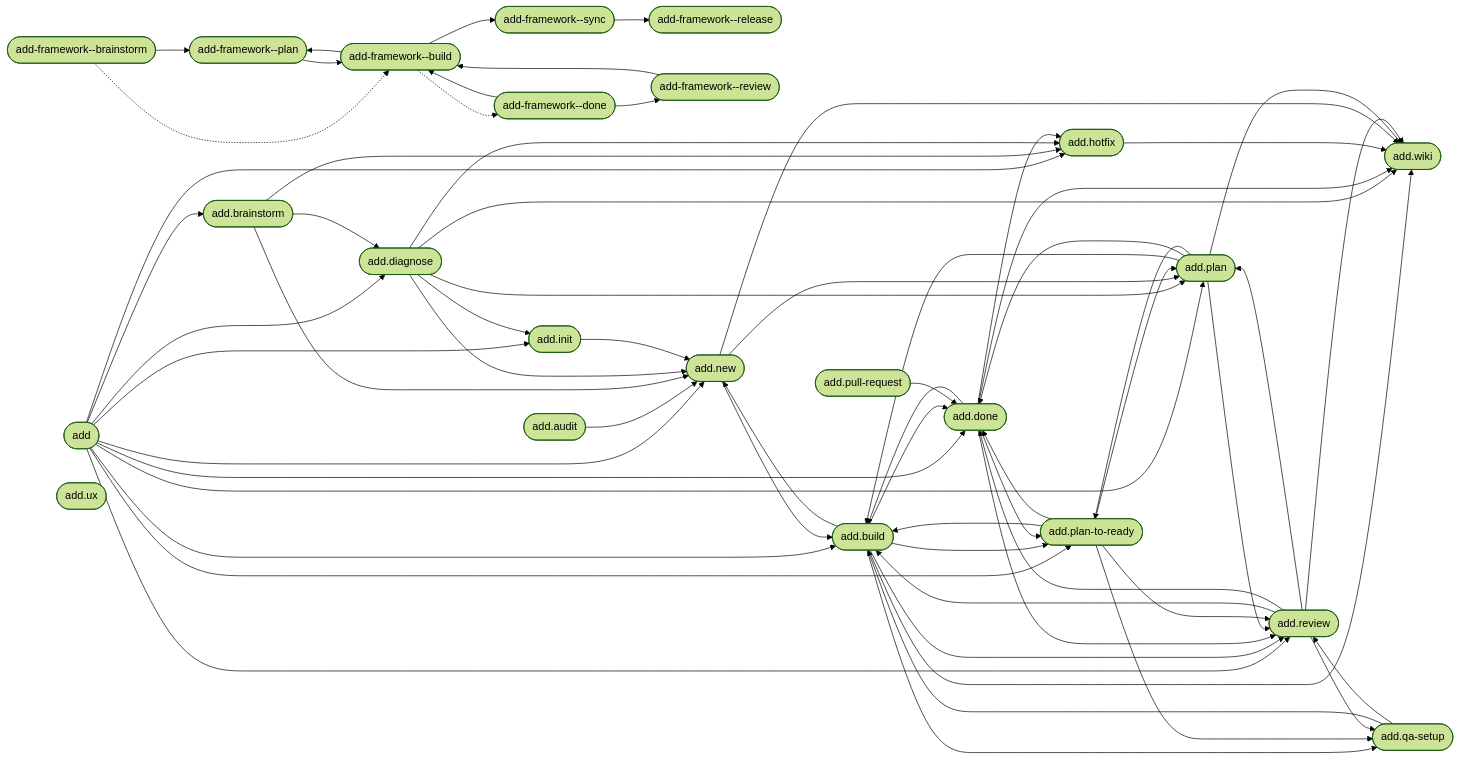
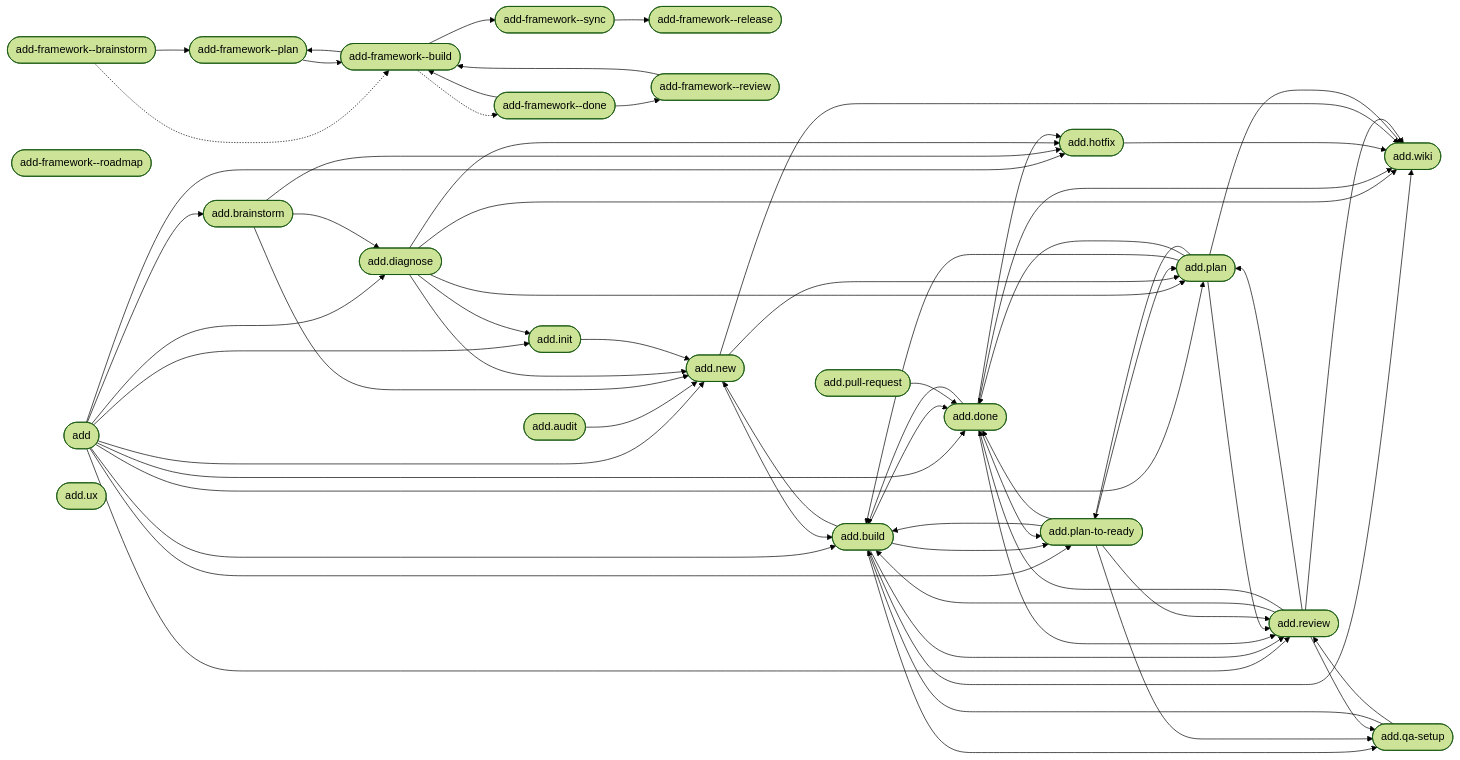
The diagram in web/public/artefact-graph.mmd (brabos-ai/code-addiction), drawn with Mermaid (forest theme) before and after one commit. The commit also changed 5 other files, not shown here.

First line of the commit message:
feat(internal): /add-framework--roadmap, a writer for the roadmap (#44)

```diff
--- a/web/public/artefact-graph.mmd
+++ b/web/public/artefact-graph.mmd
@@ -1,87 +1,88 @@
 flowchart LR
     n_internal_command_add_framework__brainstorm(["add-framework--brainstorm"])
     n_internal_command_add_framework__build(["add-framework--build"])
     n_internal_command_add_framework__done(["add-framework--done"])
     n_internal_command_add_framework__plan(["add-framework--plan"])
     n_internal_command_add_framework__release(["add-framework--release"])
     n_internal_command_add_framework__review(["add-framework--review"])
+    n_internal_command_add_framework__roadmap(["add-framework--roadmap"])
     n_internal_command_add_framework__sync(["add-framework--sync"])
     n_product_command_add(["add"])
     n_product_command_add_audit(["add.audit"])
     n_product_command_add_brainstorm(["add.brainstorm"])
     n_product_command_add_build(["add.build"])
     n_product_command_add_diagnose(["add.diagnose"])
     n_product_command_add_done(["add.done"])
     n_product_command_add_hotfix(["add.hotfix"])
     n_product_command_add_init(["add.init"])
     n_product_command_add_new(["add.new"])
     n_product_command_add_plan(["add.plan"])
     n_product_command_add_plan_to_ready(["add.plan-to-ready"])
     n_product_command_add_pull_request(["add.pull-request"])
     n_product_command_add_qa_setup(["add.qa-setup"])
     n_product_command_add_review(["add.review"])
     n_product_command_add_ux(["add.ux"])
     n_product_command_add_wiki(["add.wiki"])
     n_internal_command_add_framework__brainstorm --> n_internal_command_add_framework__plan
     n_internal_command_add_framework__brainstorm -.-> n_internal_command_add_framework__build
     n_internal_command_add_framework__build --> n_internal_command_add_framework__plan
     n_internal_command_add_framework__build --> n_internal_command_add_framework__sync
     n_internal_command_add_framework__build -.-> n_internal_command_add_framework__done
     n_internal_command_add_framework__done --> n_internal_command_add_framework__build
     n_internal_command_add_framework__done --> n_internal_command_add_framework__review
     n_internal_command_add_framework__plan --> n_internal_command_add_framework__build
     n_internal_command_add_framework__review --> n_internal_command_add_framework__build
     n_internal_command_add_framework__sync --> n_internal_command_add_framework__release
     n_product_command_add --> n_product_command_add_brainstorm
     n_product_command_add --> n_product_command_add_build
     n_product_command_add --> n_product_command_add_diagnose
     n_product_command_add --> n_product_command_add_done
     n_product_command_add --> n_product_command_add_hotfix
     n_product_command_add --> n_product_command_add_init
     n_product_command_add --> n_product_command_add_new
     n_product_command_add --> n_product_command_add_plan
     n_product_command_add --> n_product_command_add_plan_to_ready
     n_product_command_add --> n_product_command_add_review
     n_product_command_add_audit --> n_product_command_add_new
     n_product_command_add_brainstorm --> n_product_command_add_diagnose
     n_product_command_add_brainstorm --> n_product_command_add_hotfix
     n_product_command_add_brainstorm --> n_product_command_add_new
     n_product_command_add_build --> n_product_command_add_done
     n_product_command_add_build --> n_product_command_add_new
     n_product_command_add_build --> n_product_command_add_plan_to_ready
     n_product_command_add_build --> n_product_command_add_qa_setup
     n_product_command_add_build --> n_product_command_add_review
     n_product_command_add_build --> n_product_command_add_wiki
     n_product_command_add_diagnose --> n_product_command_add_hotfix
     n_product_command_add_diagnose --> n_product_command_add_init
     n_product_command_add_diagnose --> n_product_command_add_new
     n_product_command_add_diagnose --> n_product_command_add_plan
     n_product_command_add_diagnose --> n_product_command_add_wiki
     n_product_command_add_done --> n_product_command_add_build
     n_product_command_add_done --> n_product_command_add_hotfix
     n_product_command_add_done --> n_product_command_add_plan_to_ready
     n_product_command_add_done --> n_product_command_add_review
     n_product_command_add_done --> n_product_command_add_wiki
     n_product_command_add_hotfix --> n_product_command_add_wiki
     n_product_command_add_init --> n_product_command_add_new
     n_product_command_add_new --> n_product_command_add_build
     n_product_command_add_new --> n_product_command_add_plan
     n_product_command_add_new --> n_product_command_add_wiki
     n_product_command_add_plan --> n_product_command_add_build
     n_product_command_add_plan --> n_product_command_add_done
     n_product_command_add_plan --> n_product_command_add_plan_to_ready
     n_product_command_add_plan --> n_product_command_add_review
     n_product_command_add_plan --> n_product_command_add_wiki
     n_product_command_add_plan_to_ready --> n_product_command_add_build
     n_product_command_add_plan_to_ready --> n_product_command_add_done
     n_product_command_add_plan_to_ready --> n_product_command_add_plan
     n_product_command_add_plan_to_ready --> n_product_command_add_qa_setup
     n_product_command_add_plan_to_ready --> n_product_command_add_review
     n_product_command_add_pull_request --> n_product_command_add_done
     n_product_command_add_qa_setup --> n_product_command_add_build
     n_product_command_add_qa_setup --> n_product_command_add_review
     n_product_command_add_review --> n_product_command_add_build
     n_product_command_add_review --> n_product_command_add_done
     n_product_command_add_review --> n_product_command_add_plan
     n_product_command_add_review --> n_product_command_add_qa_setup
     n_product_command_add_review --> n_product_command_add_wiki
```
